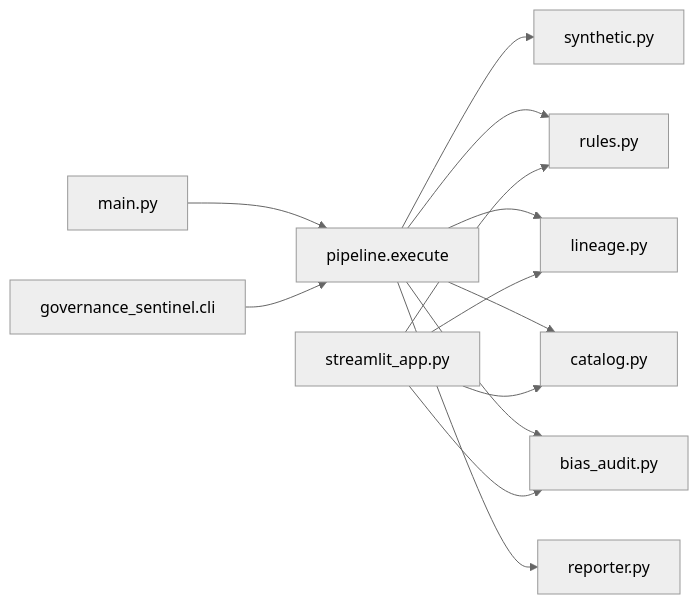
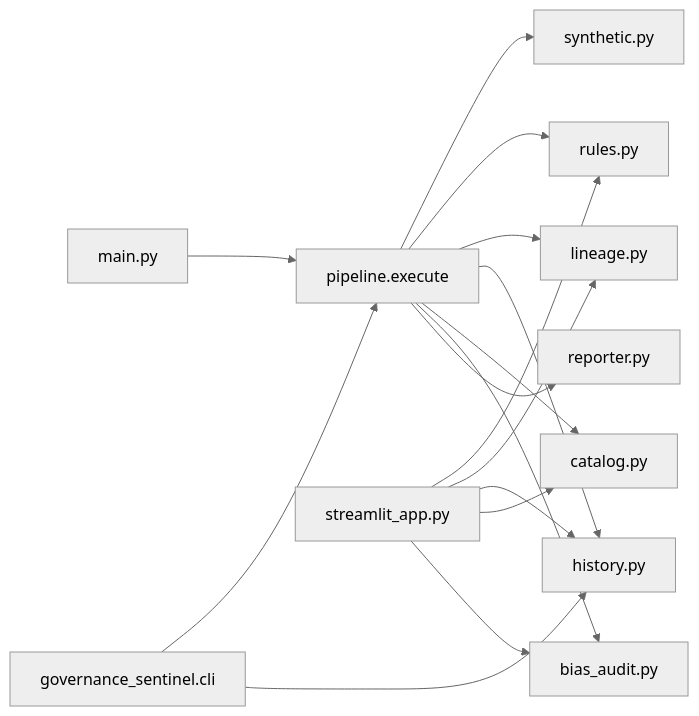
The first of 2 diagrams in docs/architecture.md (delens/Governance-Sentinel), drawn with Mermaid (neutral theme) before and after one commit. The commit also changed other lines of this file and 25 other files, not shown here.

````diff
--- a/docs/architecture.md
+++ b/docs/architecture.md
@@ -7,26 +7,30 @@
 ```mermaid
 flowchart LR
   mainPy["main.py"]
   cli["governance_sentinel.cli"]
   pipeline["pipeline.execute"]
   synthetic["synthetic.py"]
   rulesPy["rules.py"]
   lineagePy["lineage.py"]
+  historyPy["history.py"]
   catalogPy["catalog.py"]
   biasPy["bias_audit.py"]
   reporterPy["reporter.py"]
   app["streamlit_app.py"]
 
   mainPy --> pipeline
   cli --> pipeline
+  cli --> historyPy
   pipeline --> synthetic
   pipeline --> rulesPy
   pipeline --> lineagePy
+  pipeline --> historyPy
   pipeline --> catalogPy
   pipeline --> biasPy
   pipeline --> reporterPy
   app --> rulesPy
   app --> lineagePy
+  app --> historyPy
   app --> catalogPy
   app --> biasPy
 ```
````
